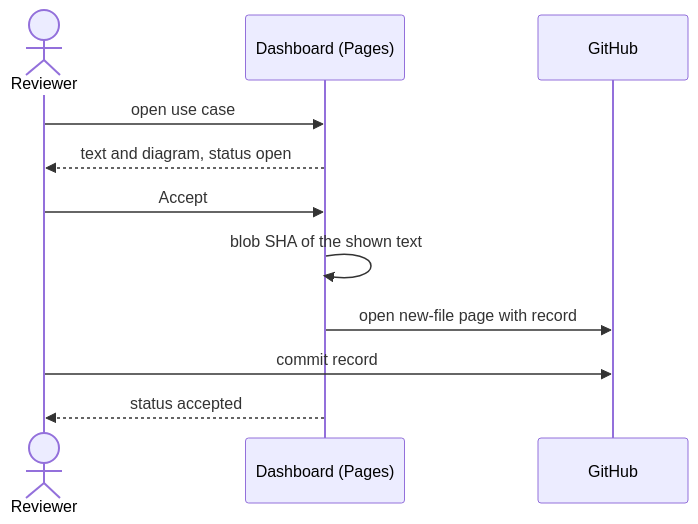
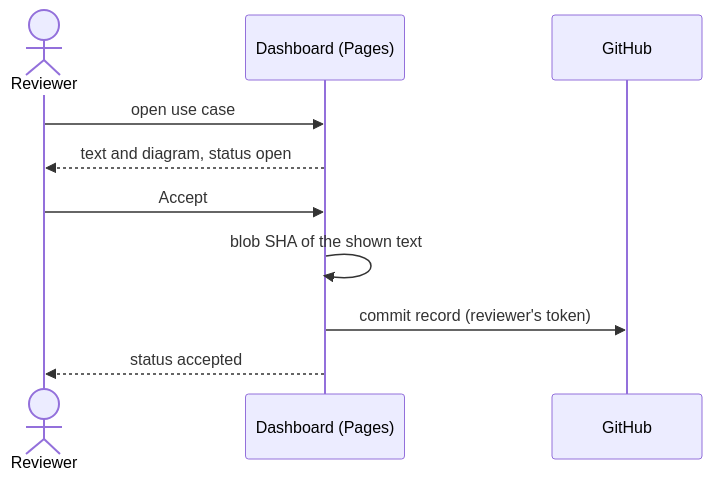
Before and after one commit to akmaier/agent-m: the diagram in docs/use-cases/UC-008-review-and-accept-a-use-case.md, drawn with Mermaid. The commit also changed other lines of this file and 11 other files, not shown here.

````diff
--- a/docs/use-cases/UC-008-review-and-accept-a-use-case.md
+++ b/docs/use-cases/UC-008-review-and-accept-a-use-case.md
@@ -43,13 +44,12 @@
 ```mermaid
 sequenceDiagram
     actor R as Reviewer
     participant D as Dashboard (Pages)
     participant G as GitHub
     R->>D: open use case
     D-->>R: text and diagram, status open
     R->>D: Accept
     D->>D: blob SHA of the shown text
-    D->>G: open new-file page with record
-    R->>G: commit record
+    D->>G: commit record (reviewer's token)
     D-->>R: status accepted
 ```
````
